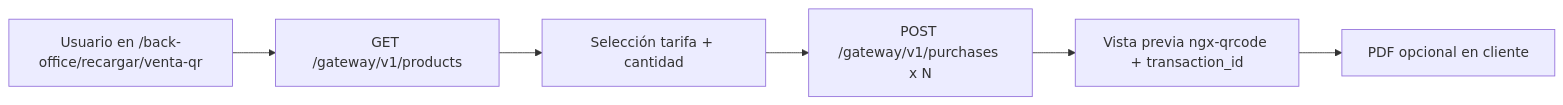
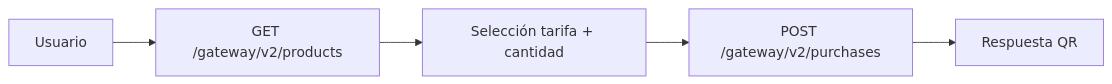
Before and after one commit to Yancarlos107/juana_pos: the diagram in red-recarga-consola.md, drawn with Mermaid. The commit also changed other lines of this file, not shown here.

````diff
--- a/red-recarga-consola.md
+++ b/red-recarga-consola.md
@@ -392,8 +394,7 @@
 ```mermaid
 flowchart LR
-  A[Usuario en /back-office/recargar/venta-qr] --> B[GET /gateway/v1/products]
+  A[Usuario] --> B[GET /gateway/v2/products]
   B --> C[Selección tarifa + cantidad]
-  C --> D[POST /gateway/v1/purchases x N]
-  D --> E[Vista previa ngx-qrcode + transaction_id]
-  E --> F[PDF opcional en cliente]
+  C --> D[POST /gateway/v2/purchases]
+  D --> E[Respuesta QR]
 ```
````
